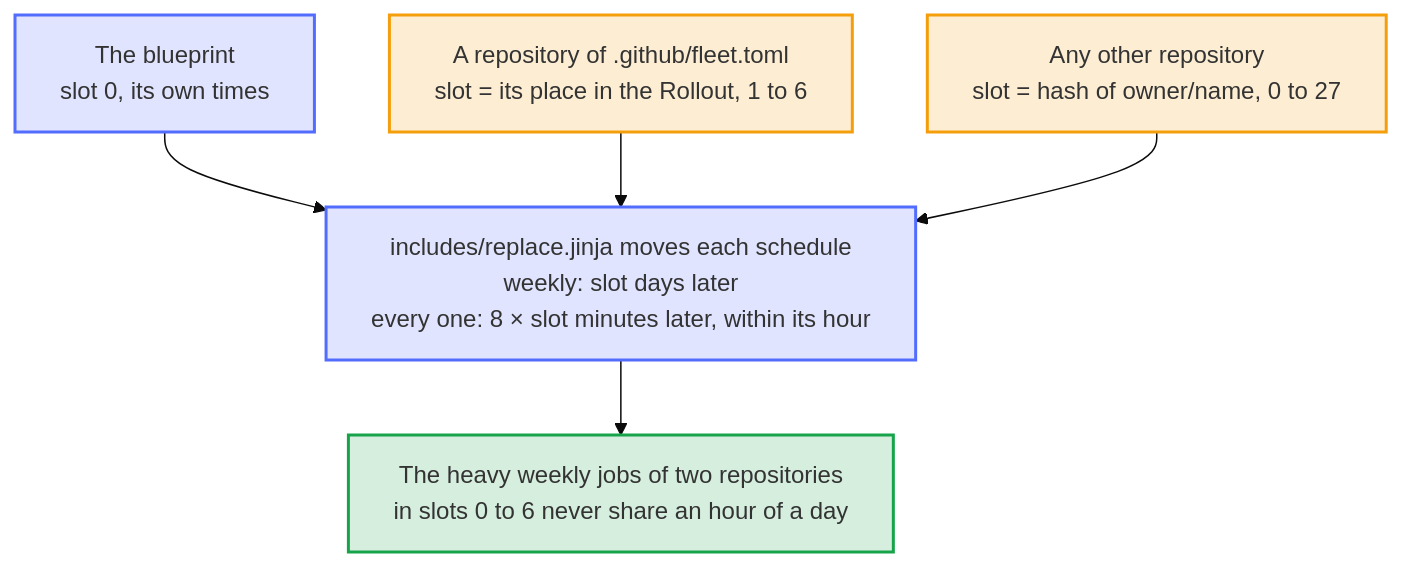
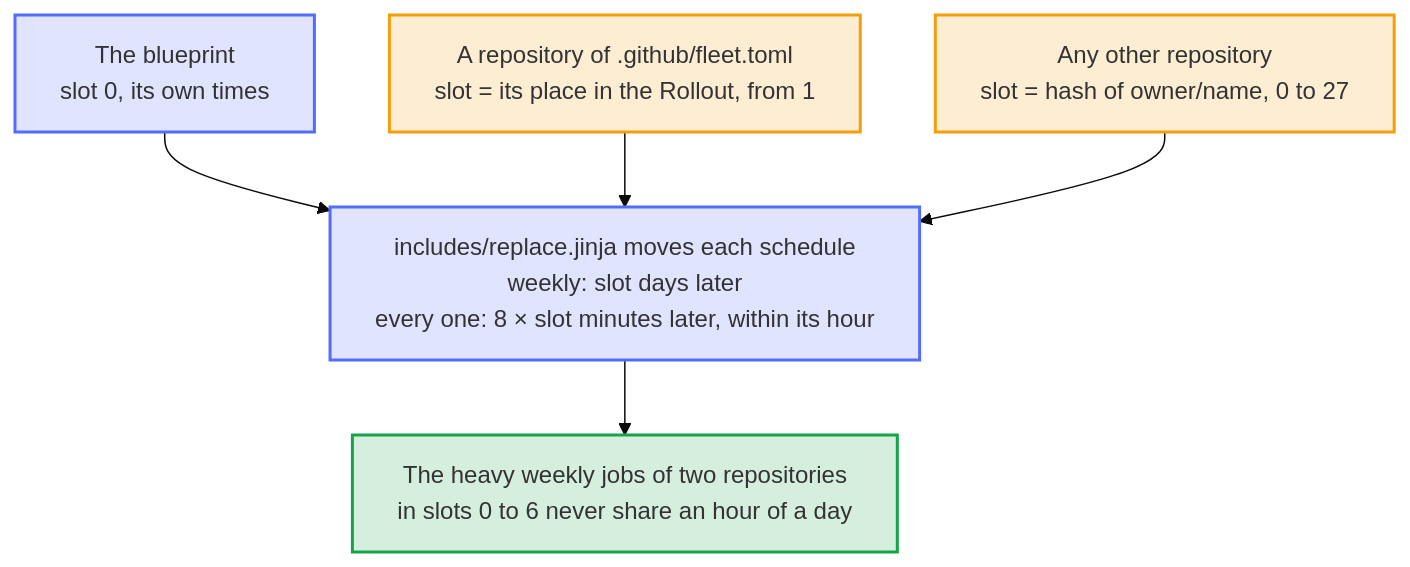
Before and after one commit to Dennis-Otto/repo-blueprint: the diagram in docs/diagrams/when-the-schedules-of-a-repository-run.mmd, drawn with Mermaid (base theme). The commit also changed 18 other files, not shown here.

```diff
--- a/docs/diagrams/when-the-schedules-of-a-repository-run.mmd
+++ b/docs/diagrams/when-the-schedules-of-a-repository-run.mmd
@@ -1,26 +1,26 @@
 ---
 config:
   flowchart:
     wrappingWidth: 400
 ---
 flowchart TB
     accTitle: When the schedules of a repository run
     accDescr: The blueprint has slot 0, a repository of the registry its place in the Rollout, any other repository a slot from the hash of its owner and name. Each weekly schedule moves by as many days, every schedule by 8 minutes for each within its hour, so the heavy weekly jobs of two repositories in slots 0 to 6 never share an hour of a day.
 
     blueprint["The blueprint<br>slot 0, its own times"]
-    fleet["A repository of .github/fleet.toml<br>slot = its place in the Rollout, 1 to 6"]
+    fleet["A repository of .github/fleet.toml<br>slot = its place in the Rollout, from 1"]
     other["Any other repository<br>slot = hash of owner/name, 0 to 27"]
     move["includes/replace.jinja moves each schedule<br>weekly: slot days later<br>every one: 8 × slot minutes later, within its hour"]
     result["The heavy weekly jobs of two repositories<br>in slots 0 to 6 never share an hour of a day"]
 
     blueprint --> move
     fleet --> move
     other --> move
     move --> result
 
     classDef bot fill:#526cfe2e,stroke:#526cfe,stroke-width:2px
     classDef person fill:#f59e0b2e,stroke:#f59e0b,stroke-width:2px
     classDef done fill:#16a34a2e,stroke:#16a34a,stroke-width:2px
     class blueprint,move bot
     class fleet,other person
     class result done
```
